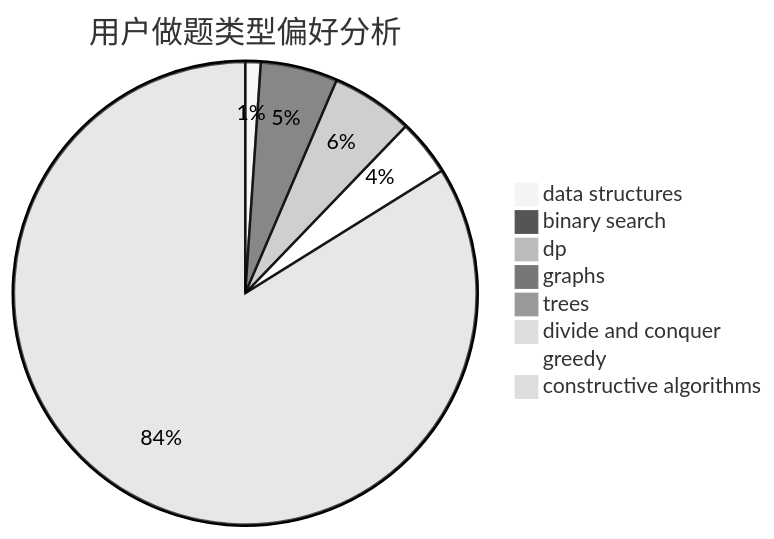
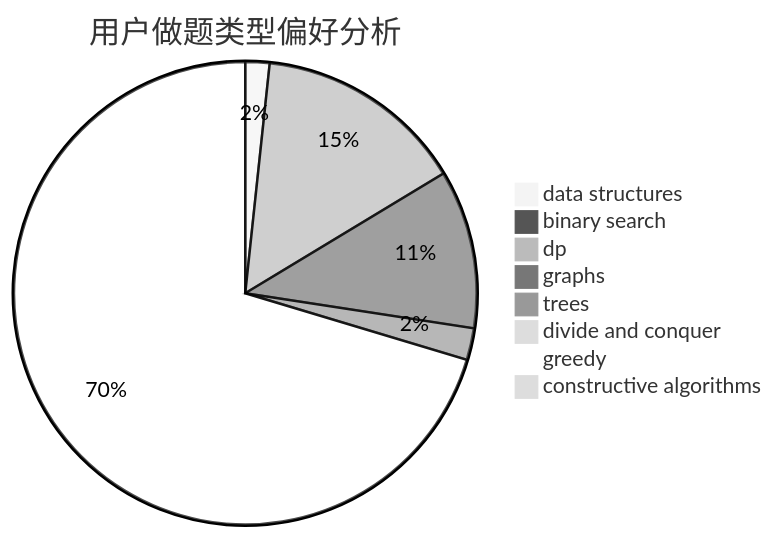
The second of 3 diagrams in docs/user/u2140.md (sherpahu/cfrs.github.io), drawn with Mermaid (neutral theme) before and after one commit. The commit also changed other lines of this file and 2770 other files, not shown here.

````diff
--- a/docs/user/u2140.md
+++ b/docs/user/u2140.md
@@ -23,11 +23,11 @@
 ```mermaid
 pie title 用户做题类型偏好分析
-    "data structures" :  3
-    "binary search" :  15
-    "dp" :  16
-    "graphs" :  0
-    "trees" :  0
+    "data structures" :  16
+    "binary search" :  0
+    "dp" :  139
+    "graphs" :  105
+    "trees" :  21
     "divide and conquer" :  0
-    "greedy" :  11
-    "constructive algorithms" :  234
+    "greedy" :  667
+    "constructive algorithms" :  5
 ```
````
